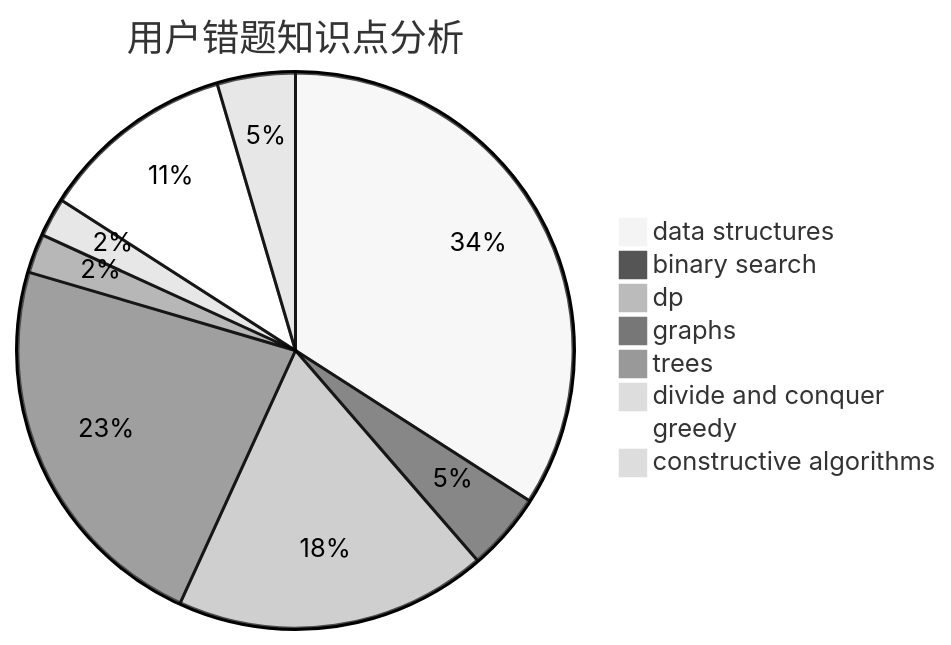
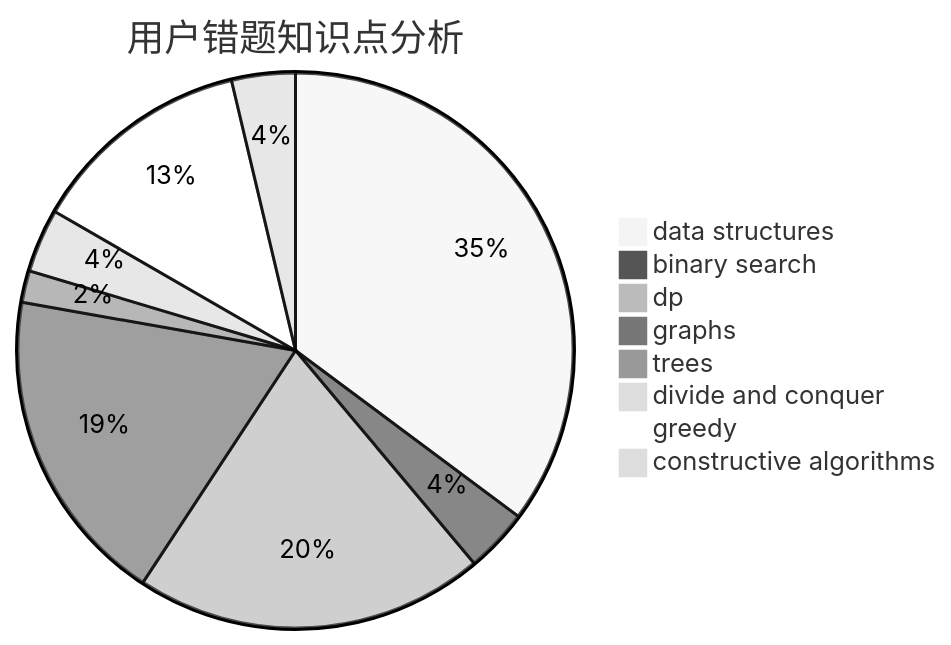
Before and after one commit to sherpahu/cfrs.github.io: the third of 3 diagrams in docs/user/u1746.md, drawn with Mermaid (neutral theme). The commit also changed other lines of this file and 2770 other files, not shown here.

````diff
--- a/docs/user/u1746.md
+++ b/docs/user/u1746.md
@@ -36,11 +36,11 @@
 ```mermaid
 pie title 用户错题知识点分析
-    "data structures" :  15
+    "data structures" :  19
     "binary search" :  2
-    "dp" :  8
+    "dp" :  11
     "graphs" :  10
     "trees" :  1
-    "divide and conquer" :  1
-    "greedy" :  5
+    "divide and conquer" :  2
+    "greedy" :  7
     "constructive algorithms" :  2
 ```
````
